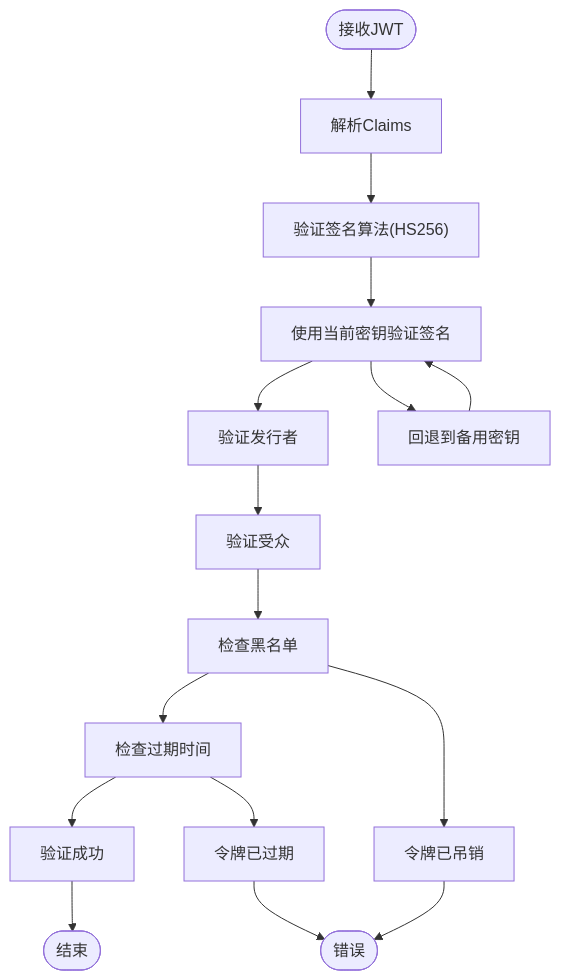
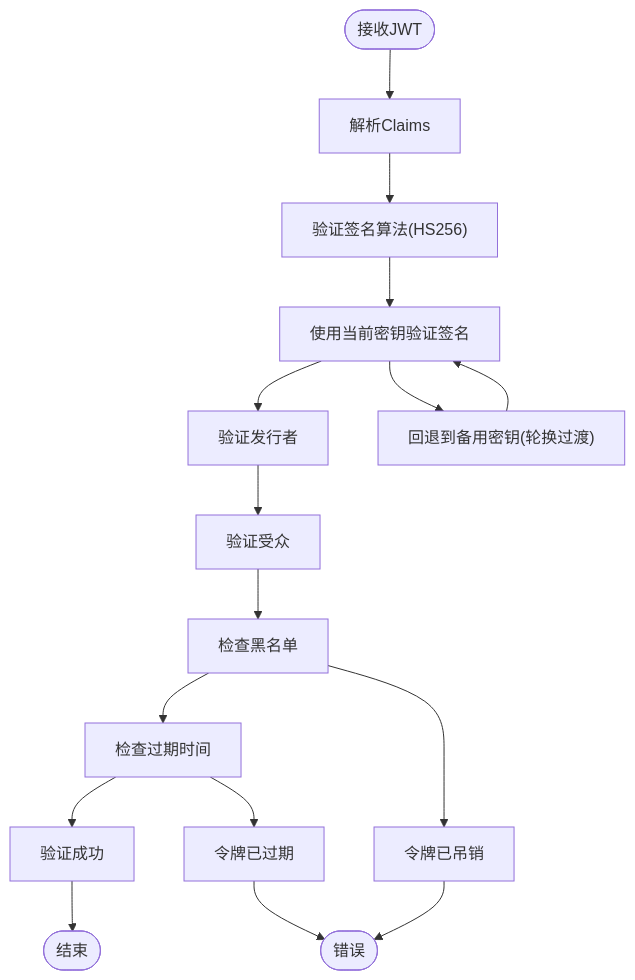
The fourth of 8 diagrams in docs/安全机制/JWT 认证机制.md (x01n/My-OpenWaf), drawn with Mermaid before and after one commit. The commit also changed other lines of this file and 199 other files, not shown here.

````diff
--- a/docs/安全机制/JWT 认证机制.md
+++ b/docs/安全机制/JWT 认证机制.md
@@ -198,18 +163,18 @@
 ```mermaid
 flowchart TD
-Start([接收JWT]) --> ParseClaims["解析Claims"]
+Start(["接收JWT"]) --> ParseClaims["解析Claims"]
 ParseClaims --> VerifyAlg["验证签名算法(HS256)"]
 VerifyAlg --> VerifyKey["使用当前密钥验证签名"]
 VerifyKey --> VerifyIssuer["验证发行者"]
 VerifyIssuer --> VerifyAudience["验证受众"]
 VerifyAudience --> CheckBlacklist["检查黑名单"]
 CheckBlacklist --> CheckExpiry["检查过期时间"]
 CheckExpiry --> Success["验证成功"]
-VerifyKey --> Fallback["回退到备用密钥"]
+VerifyKey --> Fallback["回退到备用密钥(轮换过渡)"]
 Fallback --> VerifyKey
 CheckBlacklist --> Revoked["令牌已吊销"]
 CheckExpiry --> Expired["令牌已过期"]
-Revoked --> Error([错误])
+Revoked --> Error(["错误"])
 Expired --> Error
-Success --> End([结束])
+Success --> End(["结束"])
 ```
````
